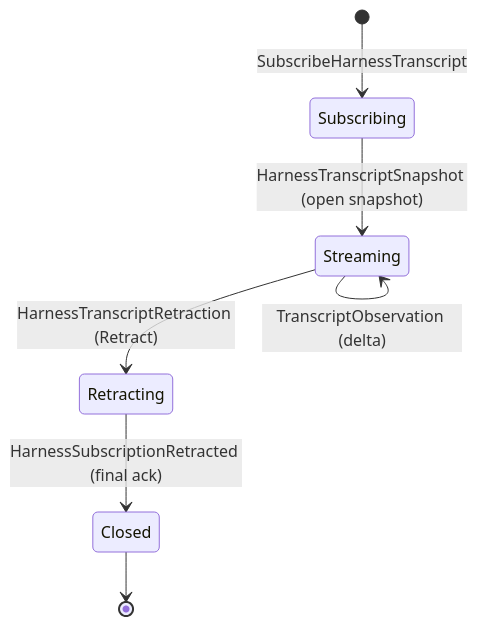
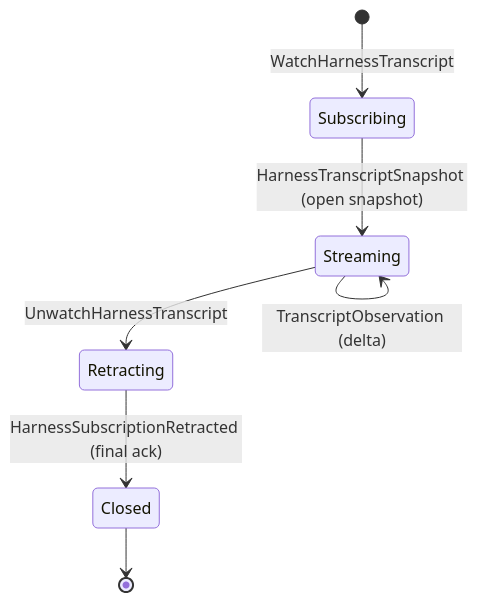
Before and after one commit to LiGoldragon/harness: the second of 2 diagrams in ARCHITECTURE.md, drawn with Mermaid. The commit also changed other lines of this file and 4 other files, not shown here.

````diff
--- a/ARCHITECTURE.md
+++ b/ARCHITECTURE.md
@@ -143,9 +143,9 @@
 ```mermaid
 stateDiagram-v2
-    [*] --> Subscribing : SubscribeHarnessTranscript
+    [*] --> Subscribing : WatchHarnessTranscript
     Subscribing --> Streaming : HarnessTranscriptSnapshot (open snapshot)
     Streaming --> Streaming : TranscriptObservation (delta)
-    Streaming --> Retracting : HarnessTranscriptRetraction (Retract)
+    Streaming --> Retracting : UnwatchHarnessTranscript
     Retracting --> Closed : HarnessSubscriptionRetracted (final ack)
     Closed --> [*]
 ```
````
